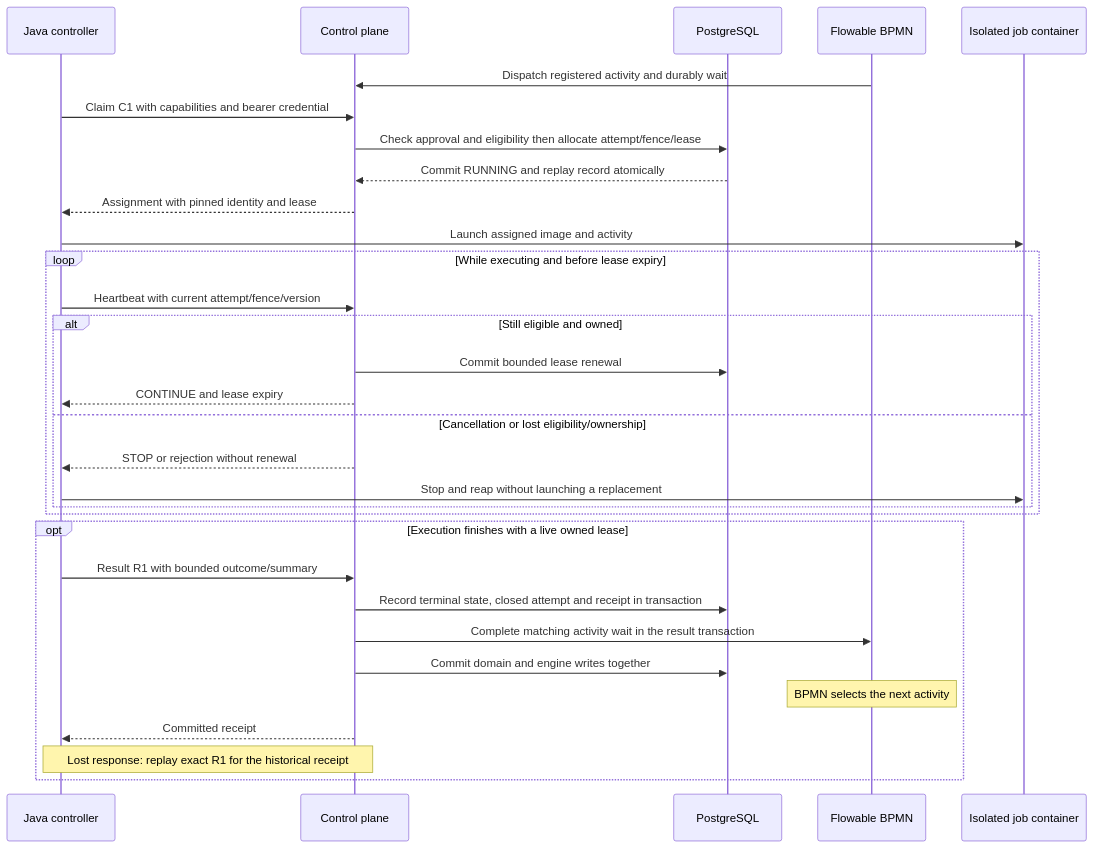
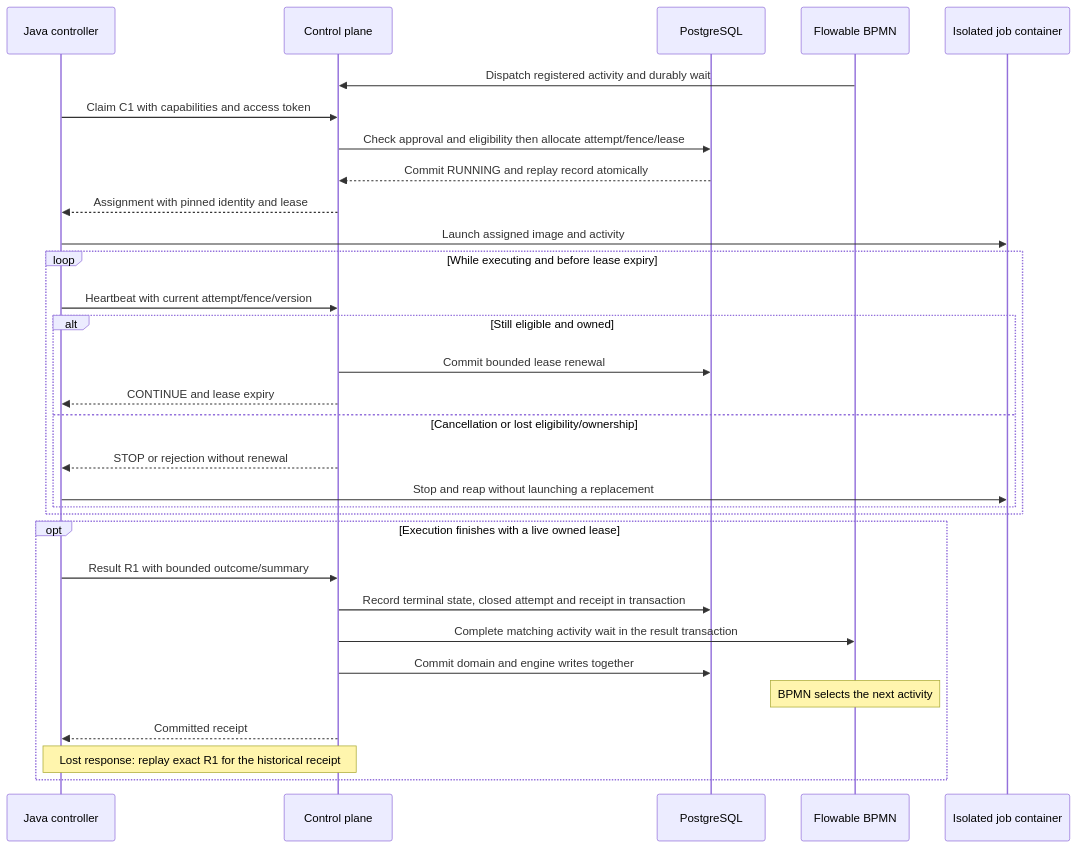
Before and after one commit to skizzay/forgeflow: the first of 2 diagrams in docs/requirements/worker-protocol.md, drawn with Mermaid. The commit also changed other lines of this file and 13 other files, not shown here.

````diff
--- a/docs/requirements/worker-protocol.md
+++ b/docs/requirements/worker-protocol.md
@@ -51,33 +51,33 @@
 ```mermaid
 sequenceDiagram
     participant W as Java controller
     participant O as Control plane
     participant D as PostgreSQL
     participant F as Flowable BPMN
     participant J as Isolated job container
     F->>O: Dispatch registered activity and durably wait
-    W->>O: Claim C1 with capabilities and bearer credential
+    W->>O: Claim C1 with capabilities and access token
     O->>D: Check approval and eligibility then allocate attempt/fence/lease
     D-->>O: Commit RUNNING and replay record atomically
     O-->>W: Assignment with pinned identity and lease
     W->>J: Launch assigned image and activity
     loop While executing and before lease expiry
         W->>O: Heartbeat with current attempt/fence/version
         alt Still eligible and owned
             O->>D: Commit bounded lease renewal
             O-->>W: CONTINUE and lease expiry
         else Cancellation or lost eligibility/ownership
             O-->>W: STOP or rejection without renewal
             W->>J: Stop and reap without launching a replacement
         end
     end
     opt Execution finishes with a live owned lease
         W->>O: Result R1 with bounded outcome/summary
         O->>D: Record terminal state, closed attempt and receipt in transaction
         O->>F: Complete matching activity wait in the result transaction
         O->>D: Commit domain and engine writes together
         Note over F: BPMN selects the next activity
         O-->>W: Committed receipt
         Note over W,O: Lost response: replay exact R1 for the historical receipt
     end
 ```
````
